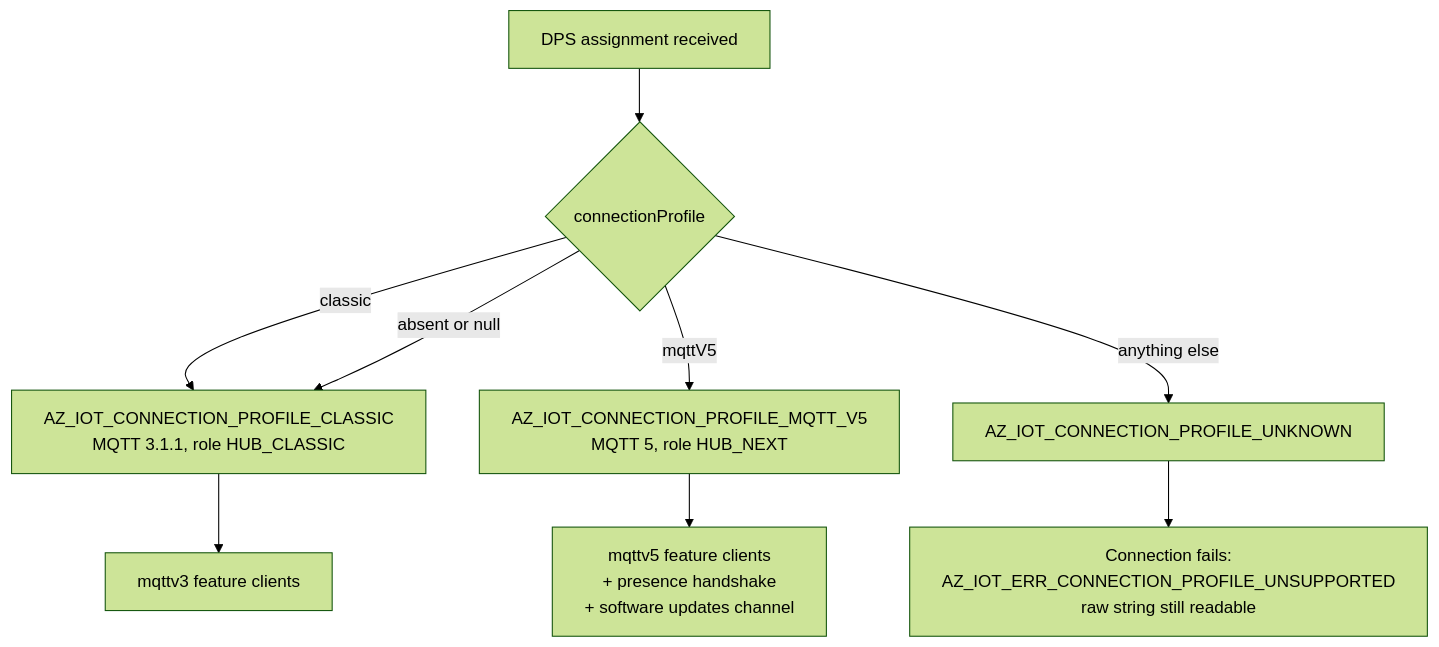
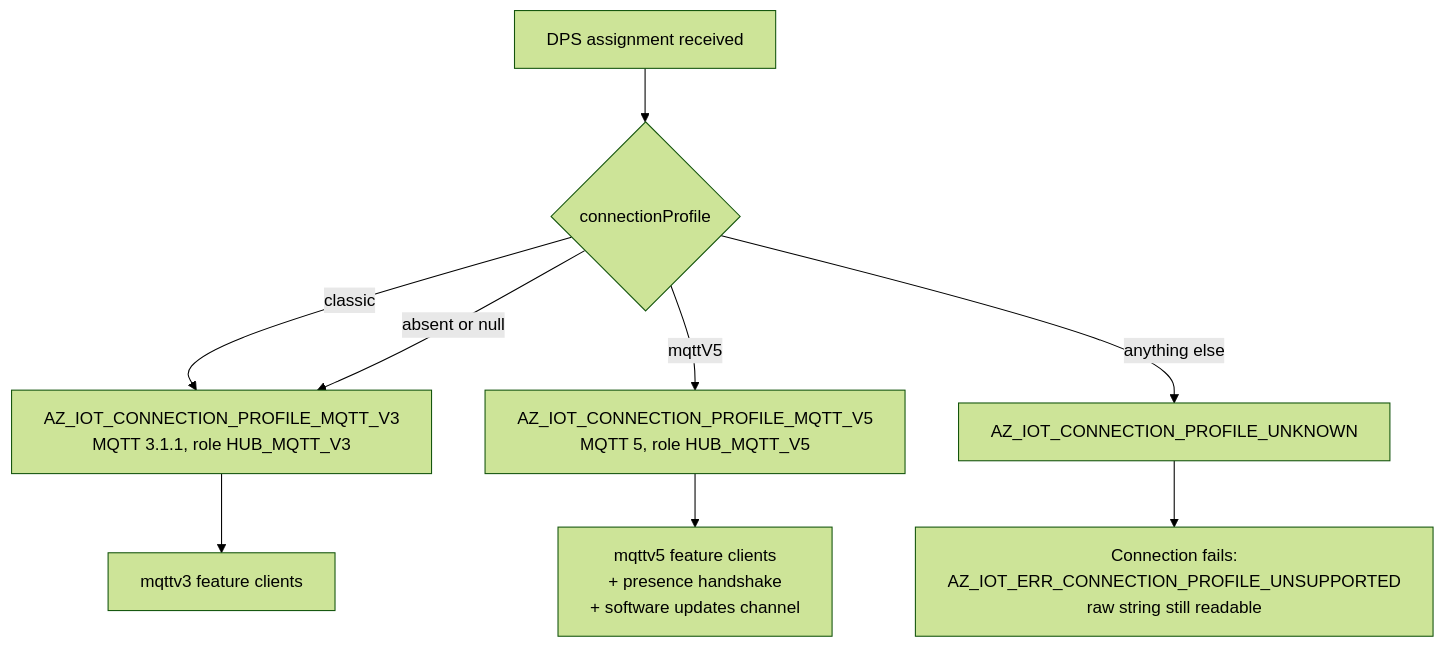
Before and after one commit to Azure/azure-iot-sdk: the fourth of 9 diagrams in c/docs/connection.md, drawn with Mermaid (forest theme). The commit also changed other lines of this file and 98 other files, not shown here.

````diff
--- a/c/docs/connection.md
+++ b/c/docs/connection.md
@@ -285,11 +285,11 @@
 ```mermaid
 flowchart TB
     A["DPS assignment received"] --> B{"connectionProfile"}
-    B -->|"classic"| C["AZ_IOT_CONNECTION_PROFILE_CLASSIC<br/>MQTT 3.1.1, role HUB_CLASSIC"]
+    B -->|"classic"| C["AZ_IOT_CONNECTION_PROFILE_MQTT_V3<br/>MQTT 3.1.1, role HUB_MQTT_V3"]
     B -->|"absent or null"| C
-    B -->|"mqttV5"| D["AZ_IOT_CONNECTION_PROFILE_MQTT_V5<br/>MQTT 5, role HUB_NEXT"]
+    B -->|"mqttV5"| D["AZ_IOT_CONNECTION_PROFILE_MQTT_V5<br/>MQTT 5, role HUB_MQTT_V5"]
     B -->|"anything else"| E["AZ_IOT_CONNECTION_PROFILE_UNKNOWN"]
     C --> F["mqttv3 feature clients"]
     D --> G["mqttv5 feature clients<br/>+ presence handshake<br/>+ software updates channel"]
     E --> H["Connection fails:<br/>AZ_IOT_ERR_CONNECTION_PROFILE_UNSUPPORTED<br/>raw string still readable"]
 ```
````
